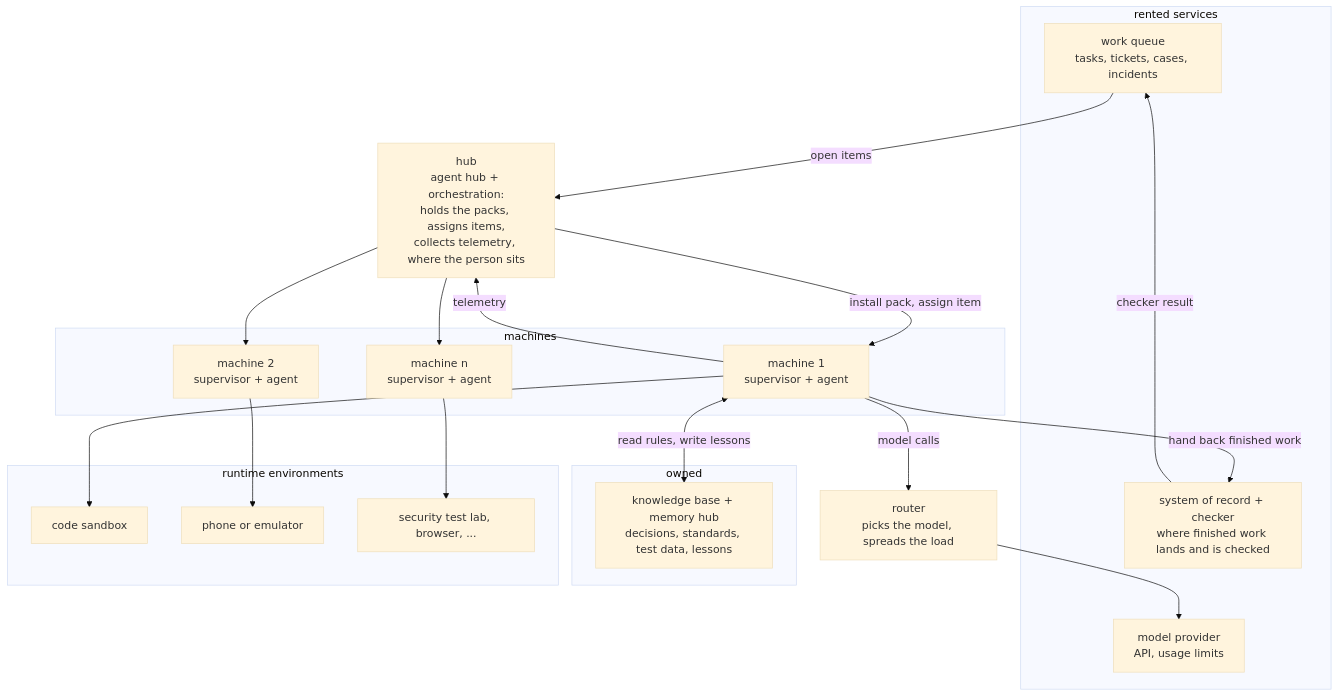
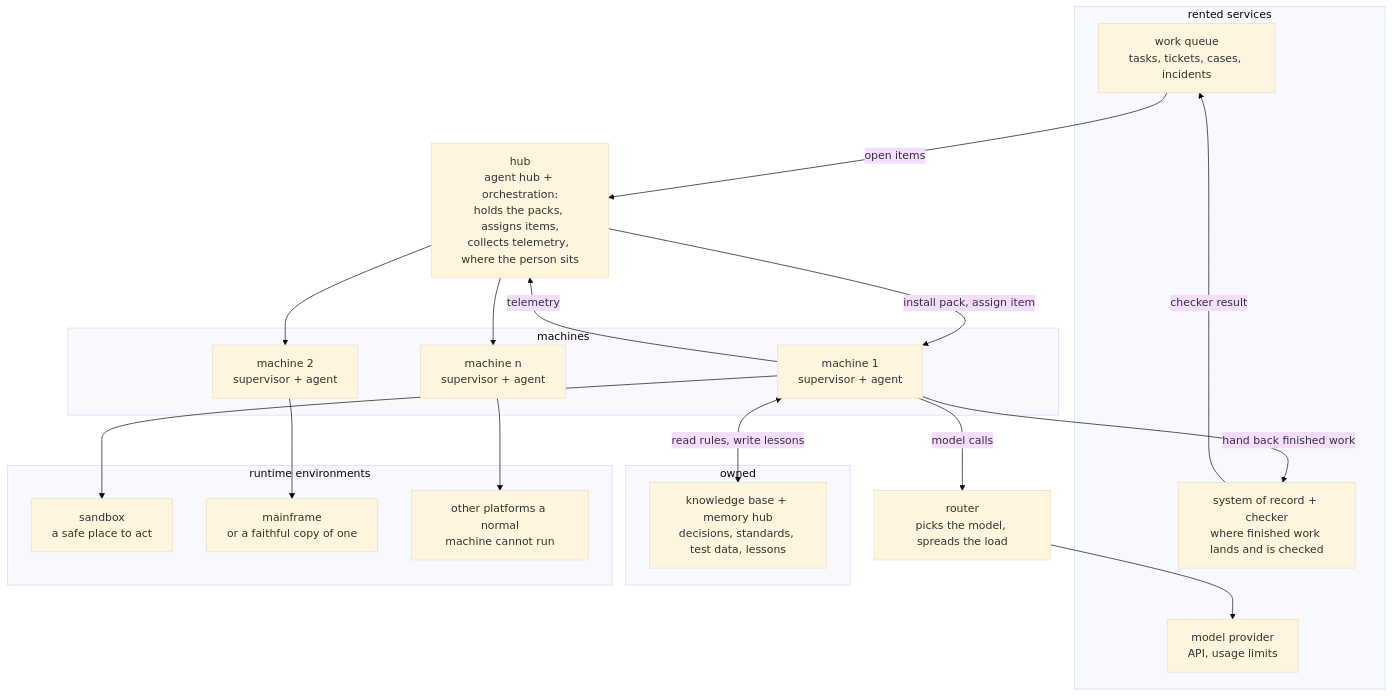
Before and after one commit to locchh/blogs: the second of 2 diagrams in src/content/blog/morden_ai_agent_system.md, drawn with Mermaid (base theme). The commit also changed other lines of this file, not shown here.

First line of the commit message:
docs(blog): fix the runtime block and add a building-blocks diagram

````diff
--- a/src/content/blog/morden_ai_agent_system.md
+++ b/src/content/blog/morden_ai_agent_system.md
@@ -31,36 +48,36 @@
 ```mermaid
 flowchart TB
   subgraph PROV["rented services"]
     BL["work queue<br/>tasks, tickets, cases, incidents"]
     SOR["system of record + checker<br/>where finished work lands and is checked"]
     LLM["model provider<br/>API, usage limits"]
   end
   subgraph OWN["owned"]
     KB["knowledge base + memory hub<br/>decisions, standards, test data, lessons"]
   end
   HUB["hub<br/>agent hub + orchestration:<br/>holds the packs, assigns items,<br/>collects telemetry, where the person sits"]
   subgraph FLEET["machines"]
     M1["machine 1<br/>supervisor + agent"]
     M2["machine 2<br/>supervisor + agent"]
     MN["machine n<br/>supervisor + agent"]
   end
   subgraph ENV["runtime environments"]
-    E1["code sandbox"]
-    E2["phone or emulator"]
-    EN["security test lab, browser, ..."]
+    E1["sandbox<br/>a safe place to act"]
+    E2["mainframe<br/>or a faithful copy of one"]
+    EN["other platforms a normal<br/>machine cannot run"]
   end
   RT["router<br/>picks the model, spreads the load"]
   BL -->|"open items"| HUB
   HUB -->|"install pack, assign item"| M1
   HUB --> M2
   HUB --> MN
   M1 --> E1
   M2 --> E2
   MN --> EN
   M1 -->|"telemetry"| HUB
   M1 -->|"hand back finished work"| SOR
   M1 -->|"model calls"| RT
   RT --> LLM
   M1 <-->|"read rules, write lessons"| KB
   SOR -->|"checker result"| BL
 ```
````
